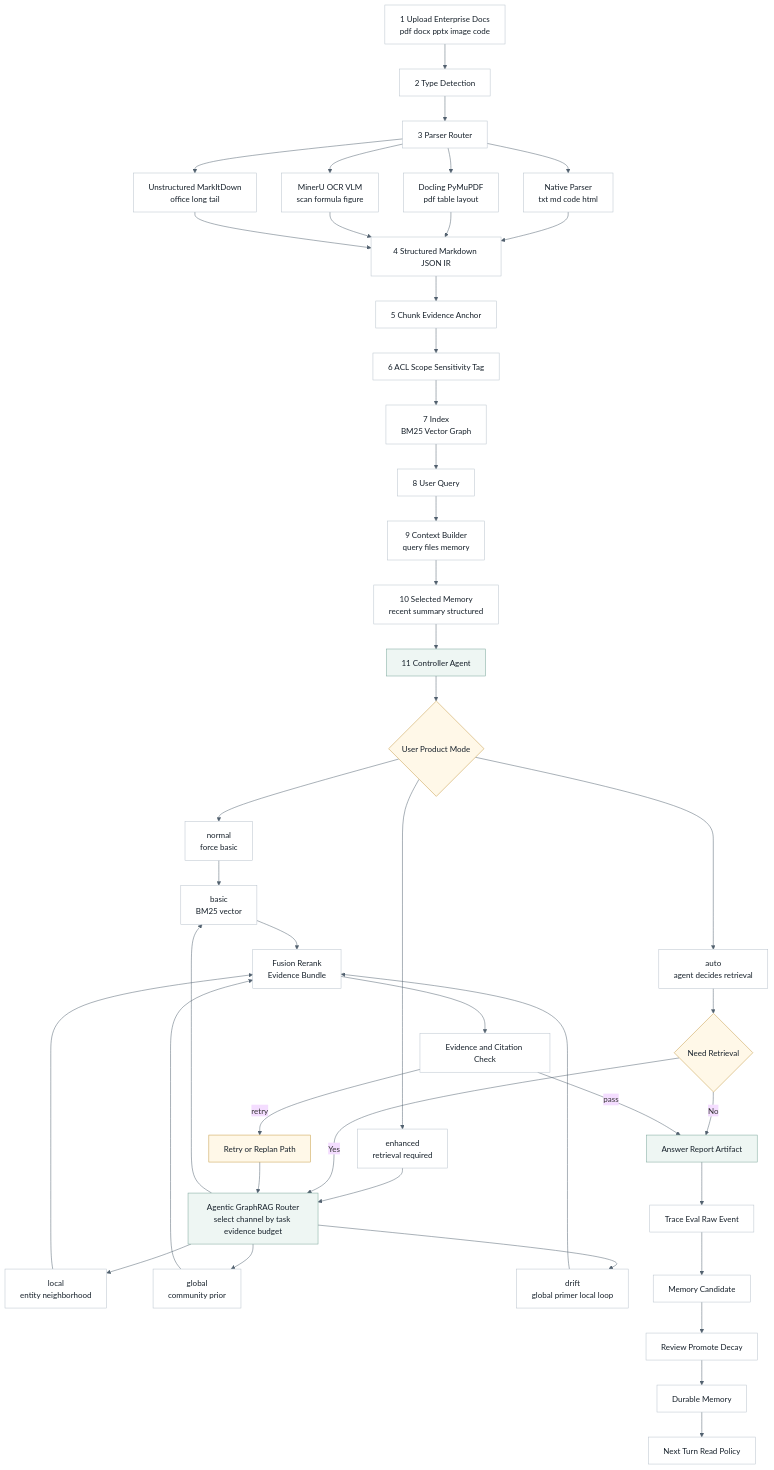
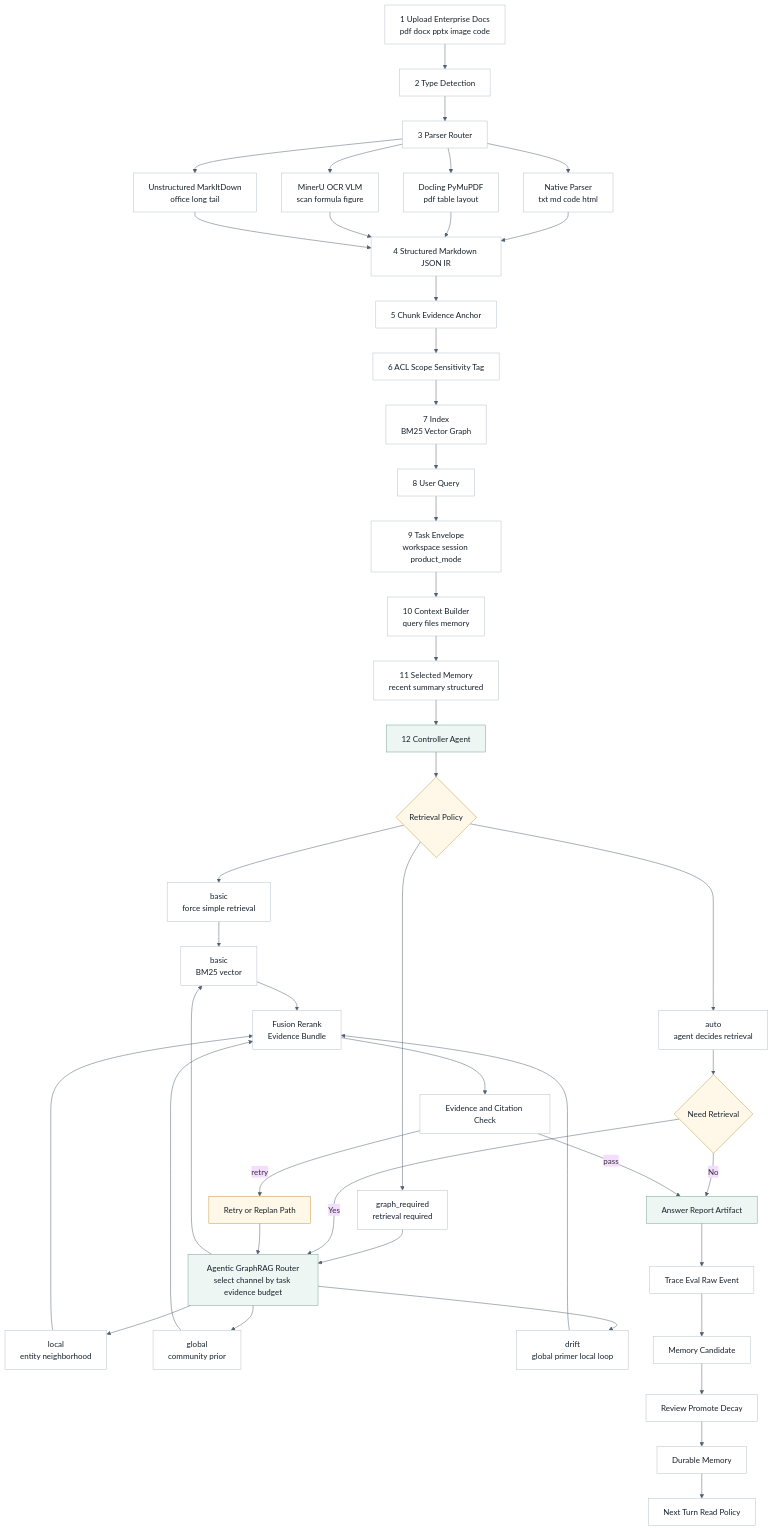
Before and after one commit to ProfessorZhi/Zuno: the fifth of 10 diagrams in docs/architecture/architecture.md, drawn with Mermaid. The commit also changed other lines of this file and 21 other files, not shown here.

Commit message:
feat: define workspace product loop contracts

````diff
--- a/docs/architecture/architecture.md
+++ b/docs/architecture/architecture.md
@@ -1313,66 +1316,67 @@
 ```mermaid
 %%{init: {"theme": "base", "themeVariables": {"background": "#f7f8fb", "lineColor": "#52616f"}}}%%
 flowchart TB
   classDef node fill:#ffffff,stroke:#b8c2cc,stroke-width:1px,color:#16202a;
   classDef decision fill:#fff8e8,stroke:#c59b43,stroke-width:1px,color:#16202a;
   classDef accent fill:#eef6f3,stroke:#7aa59a,stroke-width:1px,color:#16202a;
 
   UPLOAD["1 Upload Enterprise Docs<br/>pdf docx pptx image code"]
   TYPE["2 Type Detection"]
   ROUTEPARSE["3 Parser Router"]
   NATIVE["Native Parser<br/>txt md code html"]
   DOCLING["Docling PyMuPDF<br/>pdf table layout"]
   MINERU["MinerU OCR VLM<br/>scan formula figure"]
   UNSTRUCT["Unstructured MarkItDown<br/>office long tail"]
   NORMALIZE["4 Structured Markdown JSON IR"]
   CHUNK["5 Chunk Evidence Anchor"]
   ACL["6 ACL Scope Sensitivity Tag"]
   INDEX["7 Index<br/>BM25 Vector Graph"]
   QUERY["8 User Query"]
-  CONTEXT["9 Context Builder<br/>query files memory"]
-  MEMORY["10 Selected Memory<br/>recent summary structured"]
-  AGENT["11 Controller Agent"]:::accent
-  MODE{"User Product Mode"}:::decision
-  NORMAL["normal<br/>force basic"]
-  ENHANCED["enhanced<br/>retrieval required"]
+  PRODUCT["9 Task Envelope<br/>workspace session product_mode"]
+  CONTEXT["10 Context Builder<br/>query files memory"]
+  MEMORY["11 Selected Memory<br/>recent summary structured"]
+  AGENT["12 Controller Agent"]:::accent
+  MODE{"Retrieval Policy"}:::decision
+  NORMAL["basic<br/>force simple retrieval"]
+  ENHANCED["graph_required<br/>retrieval required"]
   AUTO["auto<br/>agent decides retrieval"]
   NEED{"Need Retrieval"}:::decision
   ROUTER["Agentic GraphRAG Router<br/>select channel by task evidence budget"]:::accent
   BASIC["basic<br/>BM25 vector"]
   LOCAL["local<br/>entity neighborhood"]
   GLOBAL["global<br/>community prior"]
   DRIFT["drift<br/>global primer local loop"]
   FUSION["Fusion Rerank<br/>Evidence Bundle"]
   EVID["Evidence and Citation Check"]
   RETRY["Retry or Replan Path"]:::decision
   ANSWER["Answer Report Artifact"]:::accent
   TRACE["Trace Eval Raw Event"]
   MEMCAND["Memory Candidate"]
   REVIEW["Review Promote Decay"]
   MEMSTORE["Durable Memory"]
   NEXTREAD["Next Turn Read Policy"]
 
   UPLOAD --> TYPE --> ROUTEPARSE
   ROUTEPARSE --> NATIVE --> NORMALIZE
   ROUTEPARSE --> DOCLING --> NORMALIZE
   ROUTEPARSE --> MINERU --> NORMALIZE
   ROUTEPARSE --> UNSTRUCT --> NORMALIZE
   NORMALIZE --> CHUNK --> ACL --> INDEX
-  INDEX --> QUERY --> CONTEXT --> MEMORY --> AGENT --> MODE
+  INDEX --> QUERY --> PRODUCT --> CONTEXT --> MEMORY --> AGENT --> MODE
   MODE --> NORMAL --> BASIC
   MODE --> ENHANCED --> ROUTER
   MODE --> AUTO --> NEED
   NEED -->|No| ANSWER
   NEED -->|Yes| ROUTER
   ROUTER --> BASIC --> FUSION
   ROUTER --> LOCAL --> FUSION
   ROUTER --> GLOBAL --> FUSION
   ROUTER --> DRIFT --> FUSION
   FUSION --> EVID
   EVID -->|retry| RETRY
   RETRY --> ROUTER
   EVID -->|pass| ANSWER
   ANSWER --> TRACE --> MEMCAND --> REVIEW --> MEMSTORE
   MEMSTORE --> NEXTREAD
-  class UPLOAD,TYPE,ROUTEPARSE,NATIVE,DOCLING,MINERU,UNSTRUCT,NORMALIZE,CHUNK,ACL,INDEX,QUERY,CONTEXT,MEMORY,NORMAL,ENHANCED,AUTO,BASIC,LOCAL,GLOBAL,DRIFT,FUSION,EVID,TRACE,MEMCAND,REVIEW,MEMSTORE,NEXTREAD node;
+  class UPLOAD,TYPE,ROUTEPARSE,NATIVE,DOCLING,MINERU,UNSTRUCT,NORMALIZE,CHUNK,ACL,INDEX,QUERY,PRODUCT,CONTEXT,MEMORY,NORMAL,ENHANCED,AUTO,BASIC,LOCAL,GLOBAL,DRIFT,FUSION,EVID,TRACE,MEMCAND,REVIEW,MEMSTORE,NEXTREAD node;
 ```
````
